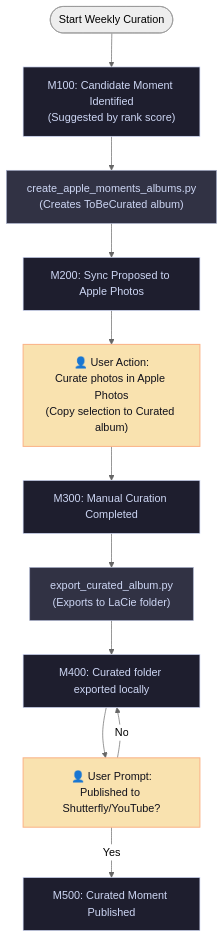
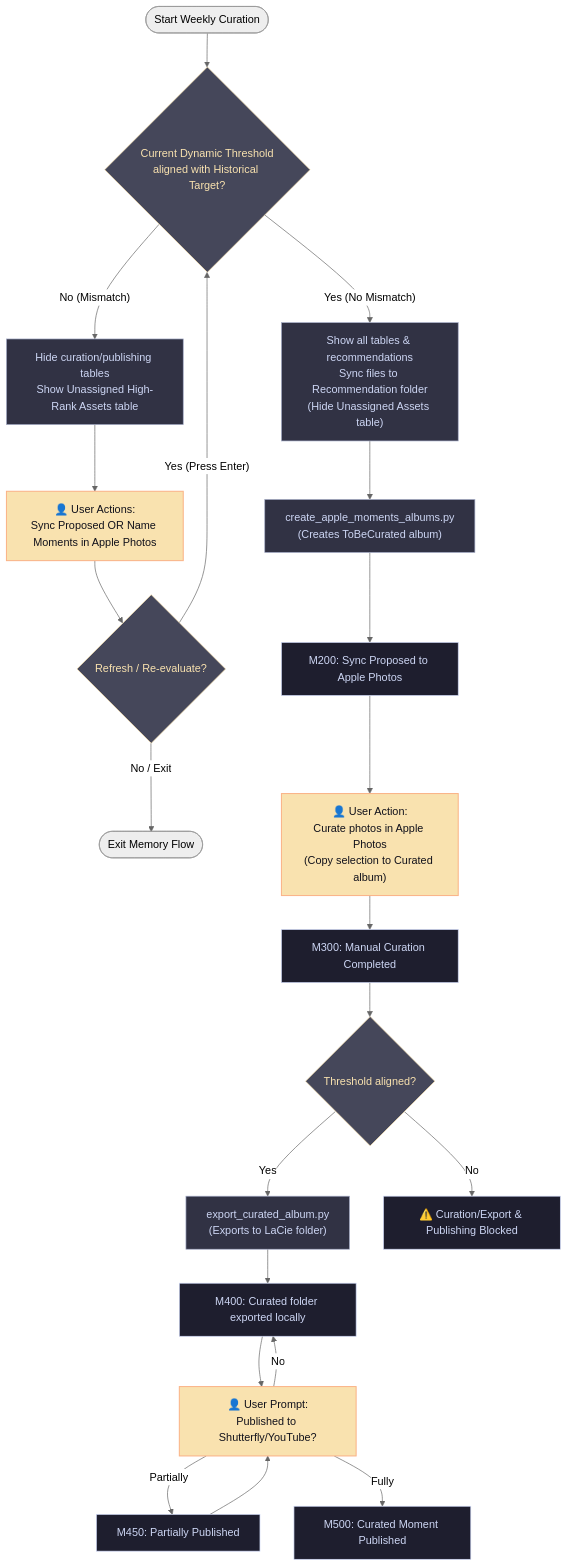
One commit to nickolaycohen/media-organizer-pipeline changed the second of 2 diagrams in docs/pipeline_architecture.md. Above: the diagram before and after it, drawn with Mermaid (neutral theme). The commit also changed other lines of this file and 4 other files, not shown here.

````diff
--- a/docs/pipeline_architecture.md
+++ b/docs/pipeline_architecture.md
@@ -71,21 +81,34 @@
 ```mermaid
 flowchart TD
     classDef state fill:#1e1e2e,stroke:#cdd6f4,stroke-width:1px,color:#cdd6f4;
     classDef action fill:#313244,stroke:#a6adc8,stroke-width:1px,color:#cdd6f4;
     classDef prompt fill:#f9e2af,stroke:#fab387,stroke-width:1.5px,color:#11111b;
+    classDef decision fill:#45475a,stroke:#f9e2af,stroke-width:1px,color:#f9e2af;
     
-    Start([Start Weekly Curation]) --> T2_M100["M100: Candidate Moment Identified\n(Suggested by rank score)"]:::state
+    Start([Start Weekly Curation]) --> Dec_Threshold{"Current Dynamic Threshold<br/>aligned with Historical Target?"}:::decision
     
-    T2_M100 --> Act_Sync["create_apple_moments_albums.py\n(Creates ToBeCurated album)"]:::action
+    Dec_Threshold -- "Yes (No Mismatch)" --> T2_ShowAll["Show all tables & recommendations<br/>Sync files to Recommendation folder<br/>(Hide Unassigned Assets table)"]:::action
+    Dec_Threshold -- "No (Mismatch)" --> T2_Limited["Hide curation/publishing tables<br/>Show Unassigned High-Rank Assets table"]:::action
+    
+    T2_Limited --> Act_Limited_Actions["👤 User Actions:<br/>Sync Proposed OR Name Moments in Apple Photos"]:::prompt
+    Act_Limited_Actions --> Prompt_Refresh{"Refresh / Re-evaluate?"}:::decision
+    Prompt_Refresh -- "Yes (Press Enter)" --> Dec_Threshold
+    Prompt_Refresh -- "No / Exit" --> Exit_Flow([Exit Memory Flow])
+    
+    T2_ShowAll --> Act_Sync["create_apple_moments_albums.py<br/>(Creates ToBeCurated album)"]:::action
+    
     Act_Sync --> T2_M200["M200: Sync Proposed to Apple Photos"]:::state
-    
     T2_M200 --> Act_Manual["👤 User Action:<br/>Curate photos in Apple Photos<br/>(Copy selection to Curated album)"]:::prompt
     Act_Manual --> T2_M300["M300: Manual Curation Completed"]:::state
     
-    T2_M300 --> Act_Export["export_curated_album.py\n(Exports to LaCie folder)"]:::action
+    T2_M300 --> Dec_Threshold_Curated{"Threshold aligned?"}:::decision
+    Dec_Threshold_Curated -- "Yes" --> Act_Export["export_curated_album.py<br/>(Exports to LaCie folder)"]:::action
+    Dec_Threshold_Curated -- "No" --> Block_Curation["⚠️ Curation/Export & Publishing Blocked"]:::state
+    
     Act_Export --> T2_M400["M400: Curated folder exported locally"]:::state
-    
     T2_M400 --> Prompt_Publish["👤 User Prompt:<br/>Published to Shutterfly/YouTube?"]:::prompt
-    Prompt_Publish -- "Yes" --> T2_M500["M500: Curated Moment Published"]:::state
+    Prompt_Publish -- "Partially" --> T2_M450["M450: Partially Published"]:::state
+    Prompt_Publish -- "Fully" --> T2_M500["M500: Curated Moment Published"]:::state
+    T2_M450 --> Prompt_Publish
     Prompt_Publish -- "No" --> T2_M400
 ```
````
